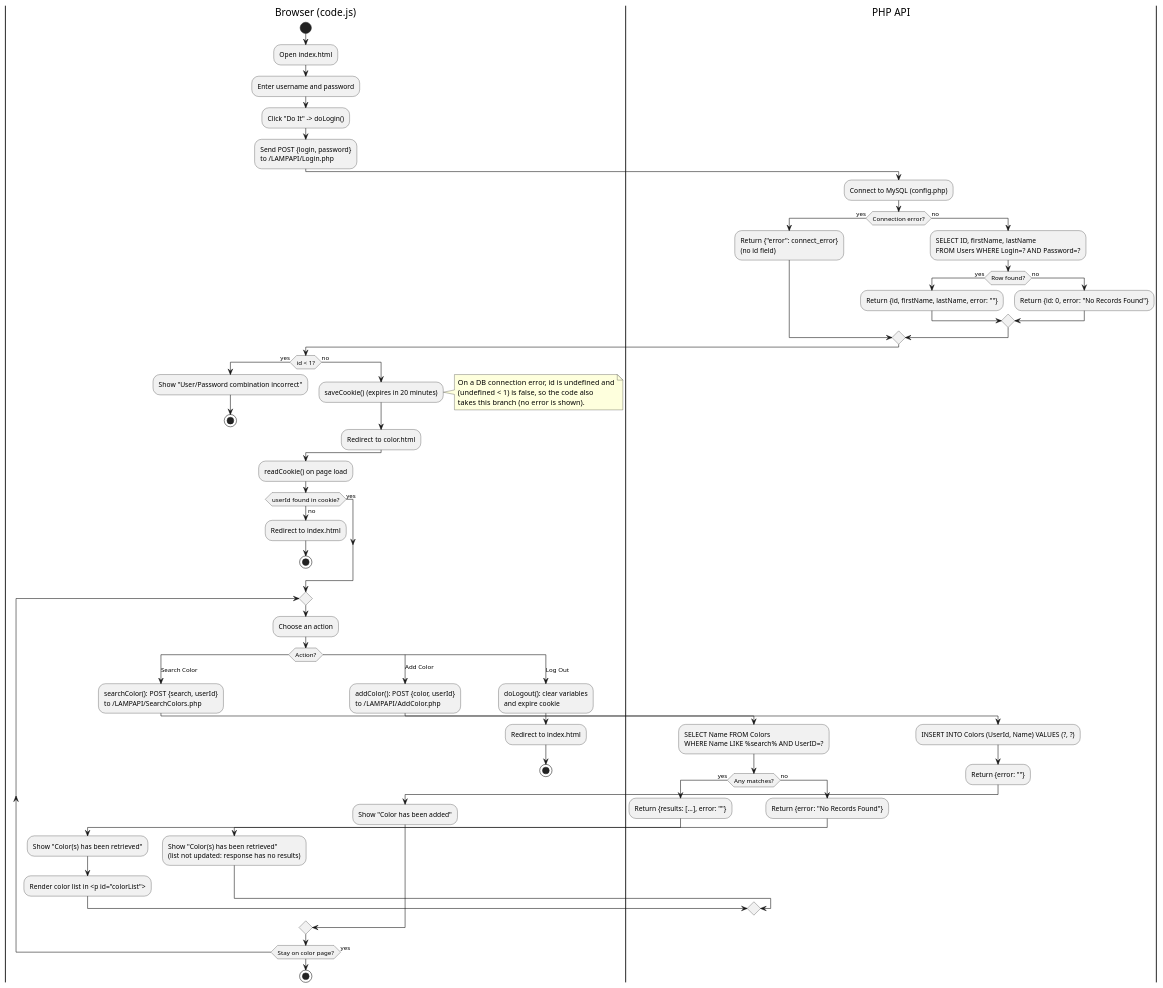
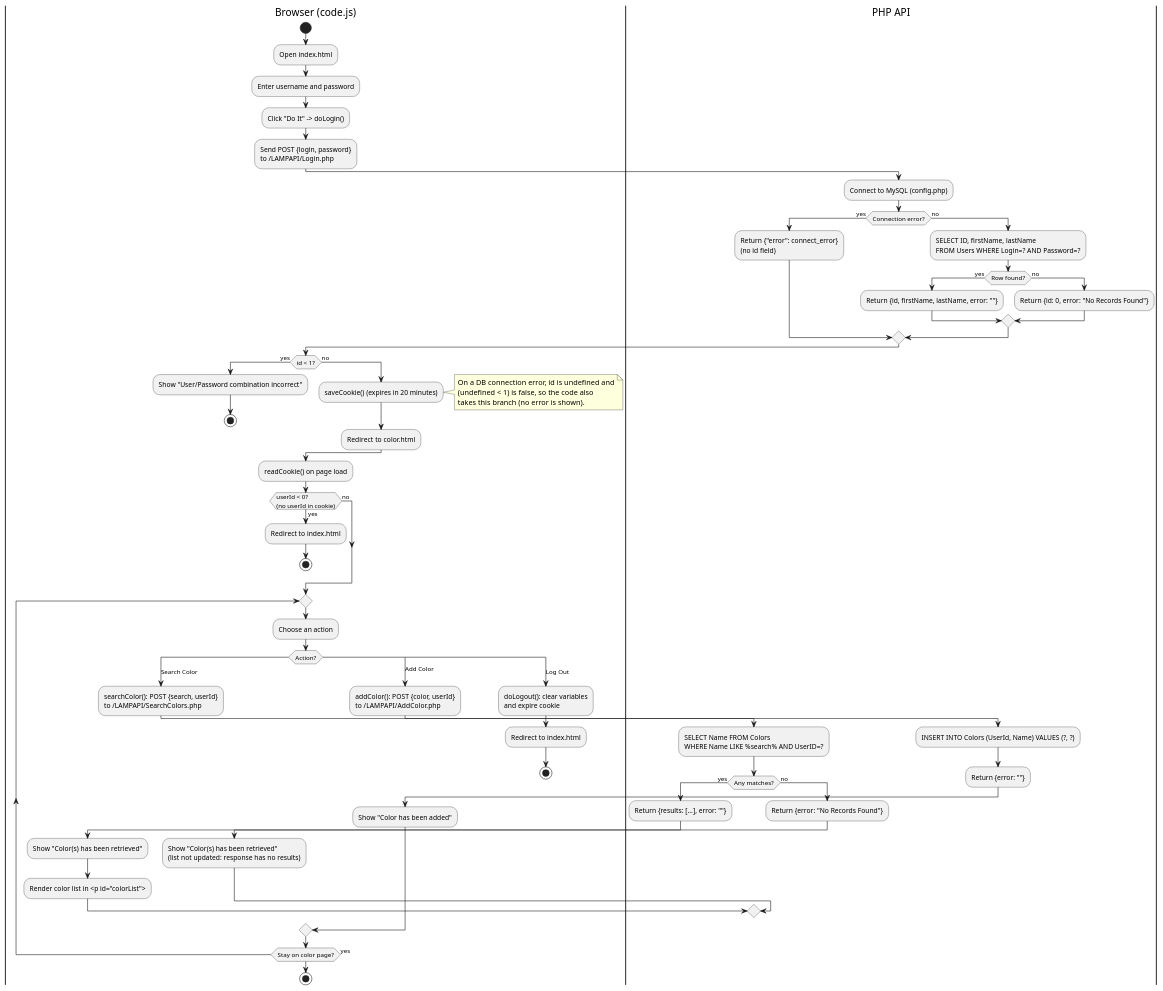
The diagram in docs/uml/activity.puml (k4theriina/ColorsAssignment), drawn with PlantUML before and after one commit. The commit also changed 5 other files, not shown here.

Commit message:
Fix UML diagrams to match code: session check, readCookie guard, userId type, Colors.UserID

```diff
--- a/docs/uml/activity.puml
+++ b/docs/uml/activity.puml
@@ -1,79 +1,79 @@
 @startuml activity
 ' Activity Diagram - COLORS LAMP web application
 ' Covers the full session: login -> color page -> search/add -> logout.
 
 |Browser (code.js)|
 start
 :Open index.html;
 :Enter username and password;
 :Click "Do It" -> doLogin();
 :Send POST {login, password}\nto /LAMPAPI/Login.php;
 
 |PHP API|
 :Connect to MySQL (config.php);
 if (Connection error?) then (yes)
   :Return {"error": connect_error}\n(no id field);
 else (no)
   :SELECT ID, firstName, lastName\nFROM Users WHERE Login=? AND Password=?;
   if (Row found?) then (yes)
     :Return {id, firstName, lastName, error: ""};
   else (no)
     :Return {id: 0, error: "No Records Found"};
   endif
 endif
 
 |Browser (code.js)|
 if (id < 1?) then (yes)
   :Show "User/Password combination incorrect";
   stop
 else (no)
   :saveCookie() (expires in 20 minutes);
   note right
     On a DB connection error, id is undefined and
     (undefined < 1) is false, so the code also
     takes this branch (no error is shown).
   end note
   :Redirect to color.html;
 endif
 
 :readCookie() on page load;
-if (userId found in cookie?) then (no)
+if (userId < 0?\n(no userId in cookie)) then (yes)
   :Redirect to index.html;
   stop
-else (yes)
+else (no)
 endif
 
 repeat
   :Choose an action;
   switch (Action?)
   case (Search Color)
     :searchColor(): POST {search, userId}\nto /LAMPAPI/SearchColors.php;
     |PHP API|
     :SELECT Name FROM Colors\nWHERE Name LIKE %search% AND UserID=?;
     if (Any matches?) then (yes)
       :Return {results: [...], error: ""};
       |Browser (code.js)|
       :Show "Color(s) has been retrieved";
       :Render color list in <p id="colorList">;
     else (no)
       |PHP API|
       :Return {error: "No Records Found"};
       |Browser (code.js)|
       :Show "Color(s) has been retrieved"\n(list not updated: response has no results);
     endif
   case (Add Color)
     :addColor(): POST {color, userId}\nto /LAMPAPI/AddColor.php;
     |PHP API|
     :INSERT INTO Colors (UserId, Name) VALUES (?, ?);
     :Return {error: ""};
     |Browser (code.js)|
     :Show "Color has been added";
   case (Log Out)
     :doLogout(): clear variables\nand expire cookie;
     :Redirect to index.html;
     stop
   endswitch
 repeat while (Stay on color page?) is (yes)
 stop
 
 @enduml
```
